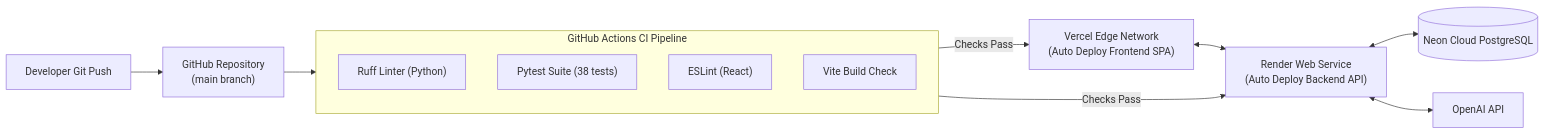
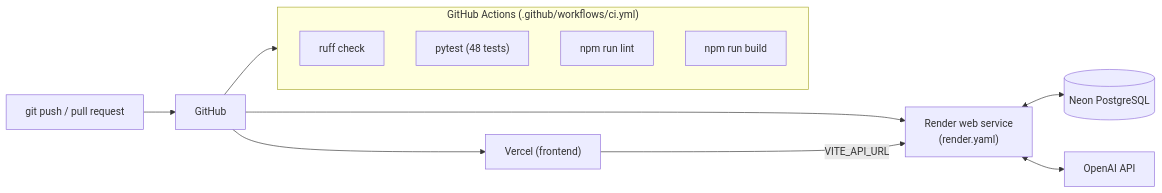
Before and after one commit to BenaiahAsis/online-seller-assistant: the fourth of 4 diagrams in docs/SYSTEM_ARCHITECTURE.md, drawn with Mermaid. The commit also changed other lines of this file and 11 other files, not shown here.

````diff
--- a/docs/SYSTEM_ARCHITECTURE.md
+++ b/docs/SYSTEM_ARCHITECTURE.md
@@ -372,20 +318,16 @@
 ```mermaid
 flowchart LR
-    Dev["Developer Git Push"] --> GitHub["GitHub Repository\n(main branch)"]
-    
-    subgraph CI ["GitHub Actions CI Pipeline"]
-        LintPy["Ruff Linter (Python)"]
-        TestPy["Pytest Suite (38 tests)"]
-        LintJS["ESLint (React)"]
-        BuildJS["Vite Build Check"]
+    Dev["git push / pull request"] --> GH["GitHub"]
+    GH --> CI
+    subgraph CI ["GitHub Actions (.github/workflows/ci.yml)"]
+        LintPy["ruff check"]
+        TestPy["pytest (48 tests)"]
+        LintJS["npm run lint"]
+        BuildJS["npm run build"]
     end
-
-    GitHub --> CI
-
-    CI -->|Checks Pass| DeployRender["Render Web Service\n(Auto Deploy Backend API)"]
-    CI -->|Checks Pass| DeployVercel["Vercel Edge Network\n(Auto Deploy Frontend SPA)"]
-
-    DeployRender <--> Neon[("Neon Cloud PostgreSQL")]
-    DeployRender <--> OpenAI["OpenAI API"]
-    DeployVercel <--> DeployRender
+    GH --> Render["Render web service\n(render.yaml)"]
+    GH --> Vercel["Vercel (frontend)"]
+    Render <--> Neon[("Neon PostgreSQL")]
+    Render <--> OpenAI["OpenAI API"]
+    Vercel -->|"VITE_API_URL"| Render
 ```
````
